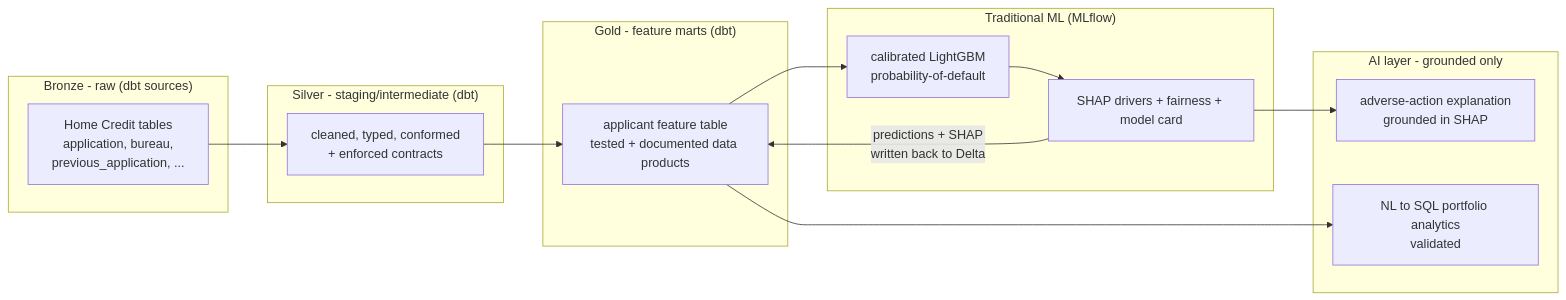
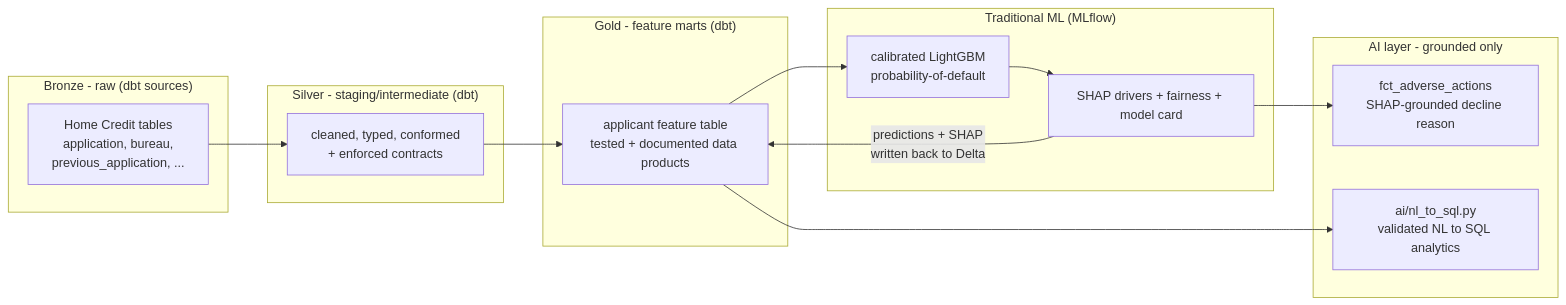
The diagram in README.md (ghoshp83/credit-decisioning-lakehouse), drawn with Mermaid before and after one commit. The commit also changed other lines of this file, not shown here.

First line of the commit message:
Name the AI marts in the diagram and use uv consistently in run-it

````diff
--- a/README.md
+++ b/README.md
@@ -27,25 +27,25 @@
 ```mermaid
 flowchart LR
     subgraph Bronze["Bronze - raw (dbt sources)"]
         A[Home Credit tables<br/>application, bureau,<br/>previous_application, ...]
     end
     subgraph Silver["Silver - staging/intermediate (dbt)"]
         B[cleaned, typed, conformed<br/>+ enforced contracts]
     end
     subgraph Gold["Gold - feature marts (dbt)"]
         C[applicant feature table<br/>tested + documented data products]
     end
     subgraph ML["Traditional ML (MLflow)"]
         D[calibrated LightGBM<br/>probability-of-default]
         E[SHAP drivers + fairness + model card]
     end
     subgraph AI["AI layer - grounded only"]
-        F[adverse-action explanation<br/>grounded in SHAP]
-        G[NL to SQL portfolio analytics<br/>validated]
+        F[fct_adverse_actions<br/>SHAP-grounded decline reason]
+        G[ai/nl_to_sql.py<br/>validated NL to SQL analytics]
     end
 
     A --> B --> C --> D --> E
     E -- predictions + SHAP<br/>written back to Delta --> C
     C --> G
     E --> F
 ```
````
